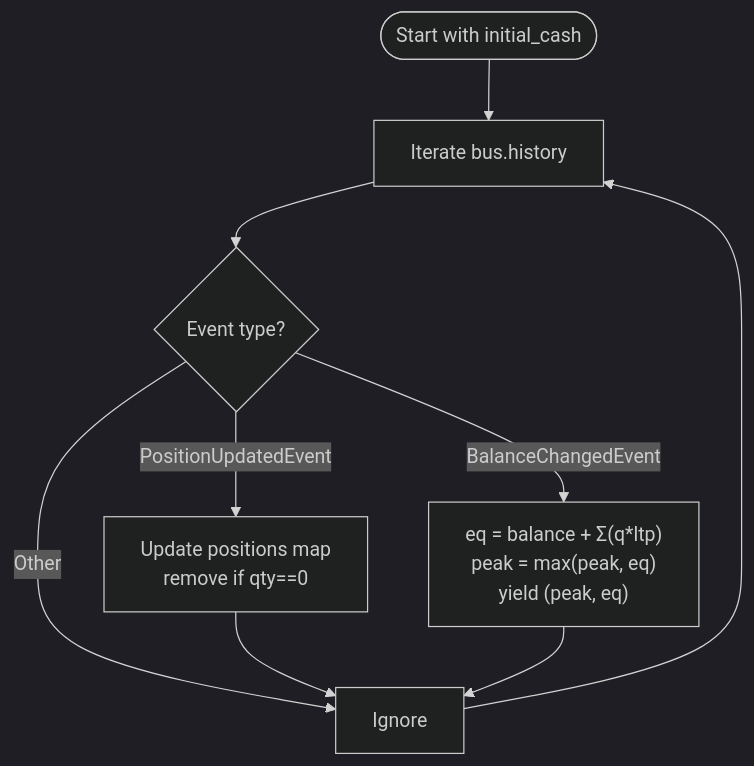
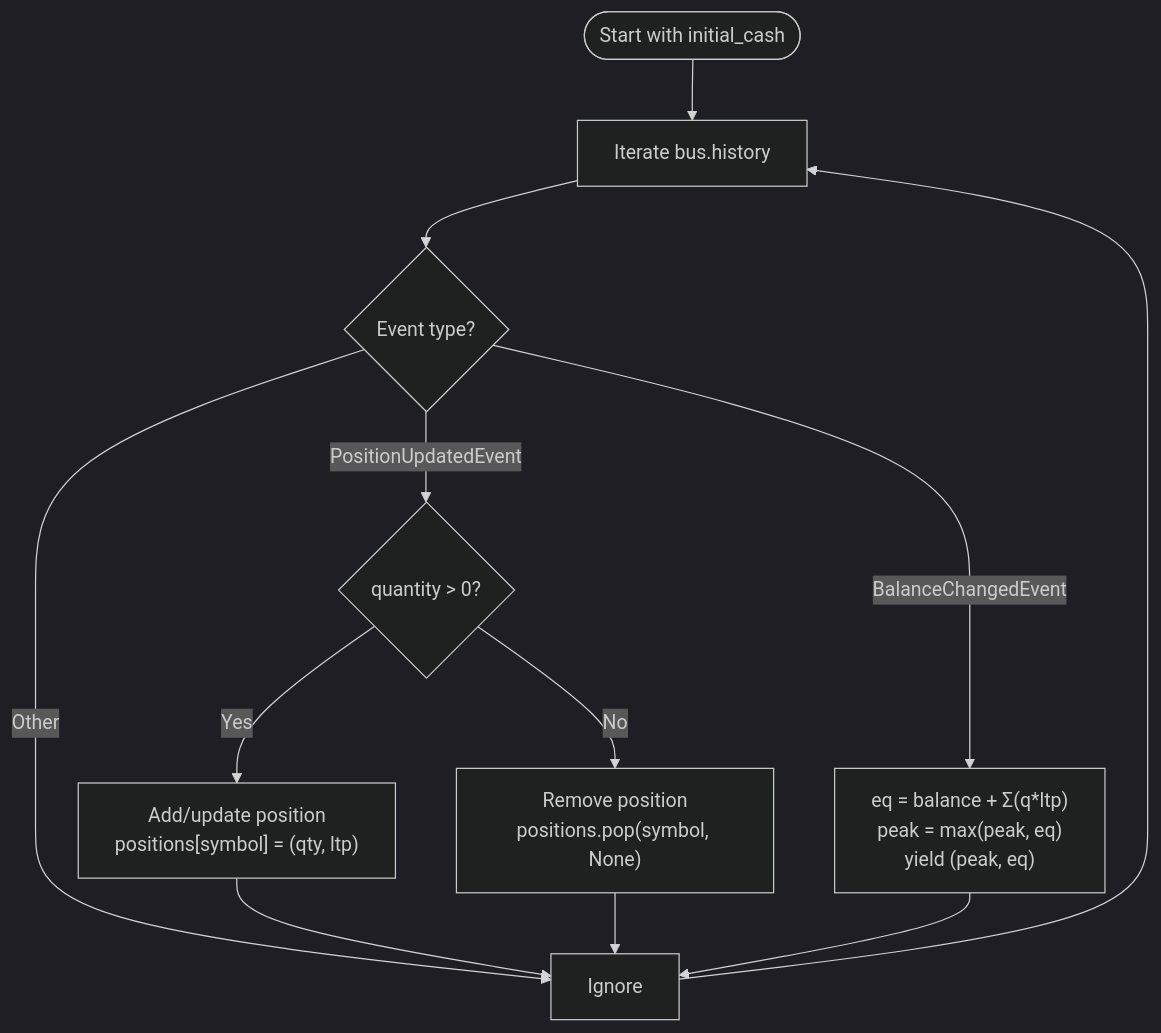
One commit to Ganesh-Kusundal/nTrade changed the seventh of 8 diagrams in .qoder/repowiki/en/content/Architecture Overview/Event-Driven Trading Kernel/Event Types Hierarchy/Portfolio Events.md. Above: the diagram before and after it, drawn with Mermaid (dark theme). The commit also changed other lines of this file and 203 other files, not shown here.

````diff
--- a/.qoder/repowiki/en/content/Architecture Overview/Event-Driven Trading Kernel/Event Types Hierarchy/Portfolio Events.md
+++ b/.qoder/repowiki/en/content/Architecture Overview/Event-Driven Trading Kernel/Event Types Hierarchy/Portfolio Events.md
@@ -302,11 +315,14 @@
 ```mermaid
 flowchart TD
 Init(["Start with initial_cash"]) --> Loop["Iterate bus.history"]
 Loop --> Type{"Event type?"}
-Type -- PositionUpdatedEvent --> TrackPos["Update positions map<br/>remove if qty==0"]
+Type -- PositionUpdatedEvent --> CheckQty{"quantity > 0?"}
+CheckQty -- Yes --> AddPos["Add/update position<br/>positions[symbol] = (qty, ltp)"]
+CheckQty -- No --> RemovePos["Remove position<br/>positions.pop(symbol, None)"]
 Type -- BalanceChangedEvent --> ComputeEq["eq = balance + Σ(q*ltp)<br/>peak = max(peak, eq)<br/>yield (peak, eq)"]
 Type -- Other --> Next["Ignore"]
-TrackPos --> Next
+AddPos --> Next
+RemovePos --> Next
 ComputeEq --> Next
 Next --> Loop
 ```
````
